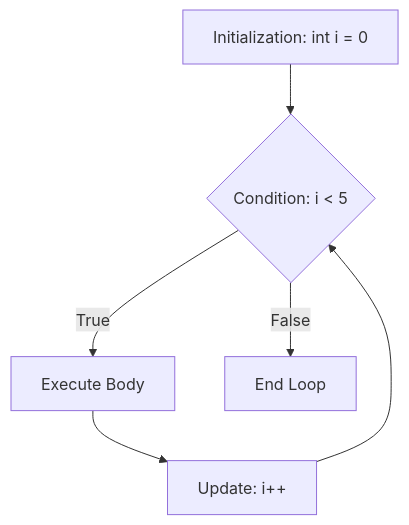
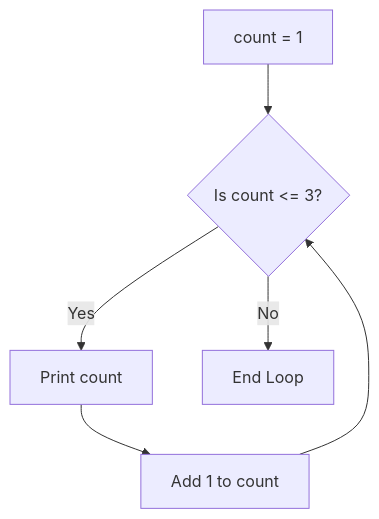
Before and after one commit to FBIopeningUPP/teach-her-everything: the second of 2 diagrams in 05_Control_Flow_and_Loops.md, drawn with Mermaid. The commit also changed other lines of this file and 10 other files, not shown here.

````diff
--- a/05_Control_Flow_and_Loops.md
+++ b/05_Control_Flow_and_Loops.md
@@ -41,8 +33,8 @@
 ```mermaid
 graph TD
-    A[Initialization: int i = 0] --> B{Condition: i < 5}
-    B -- True --> C[Execute Body]
-    C --> D[Update: i++]
+    A[count = 1] --> B{Is count <= 3?}
+    B -- Yes --> C[Print count]
+    C --> D[Add 1 to count]
     D --> B
-    B -- False --> E[End Loop]
+    B -- No --> E[End Loop]
 ```
````
